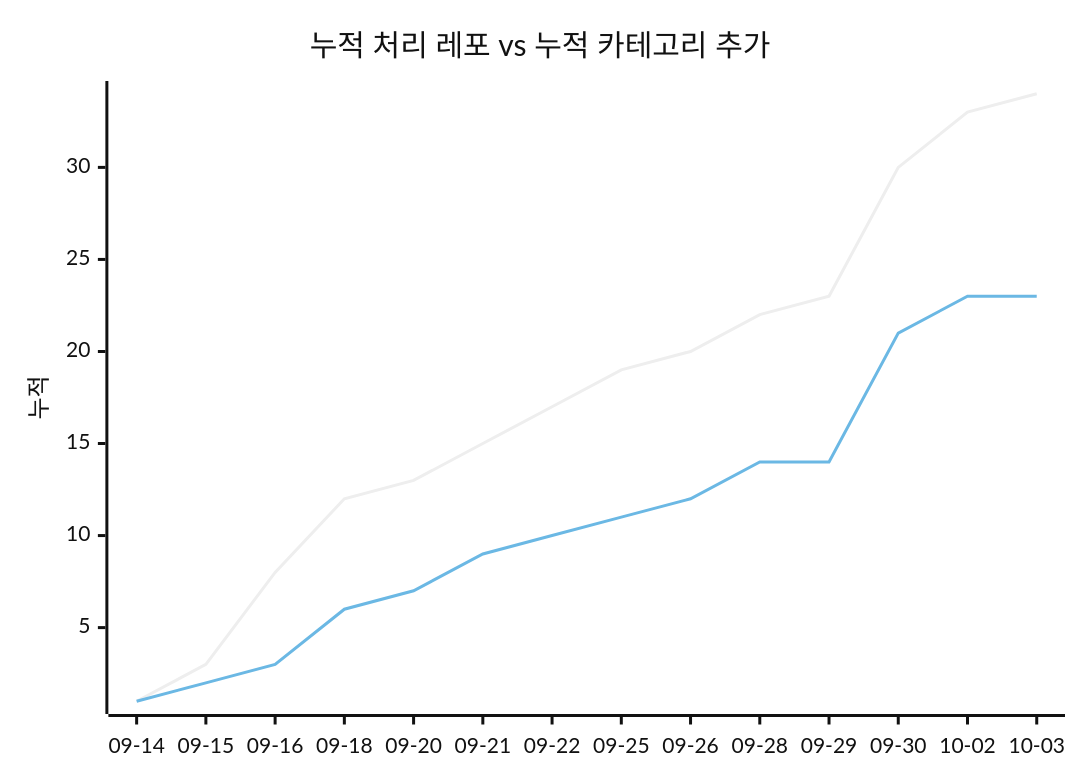
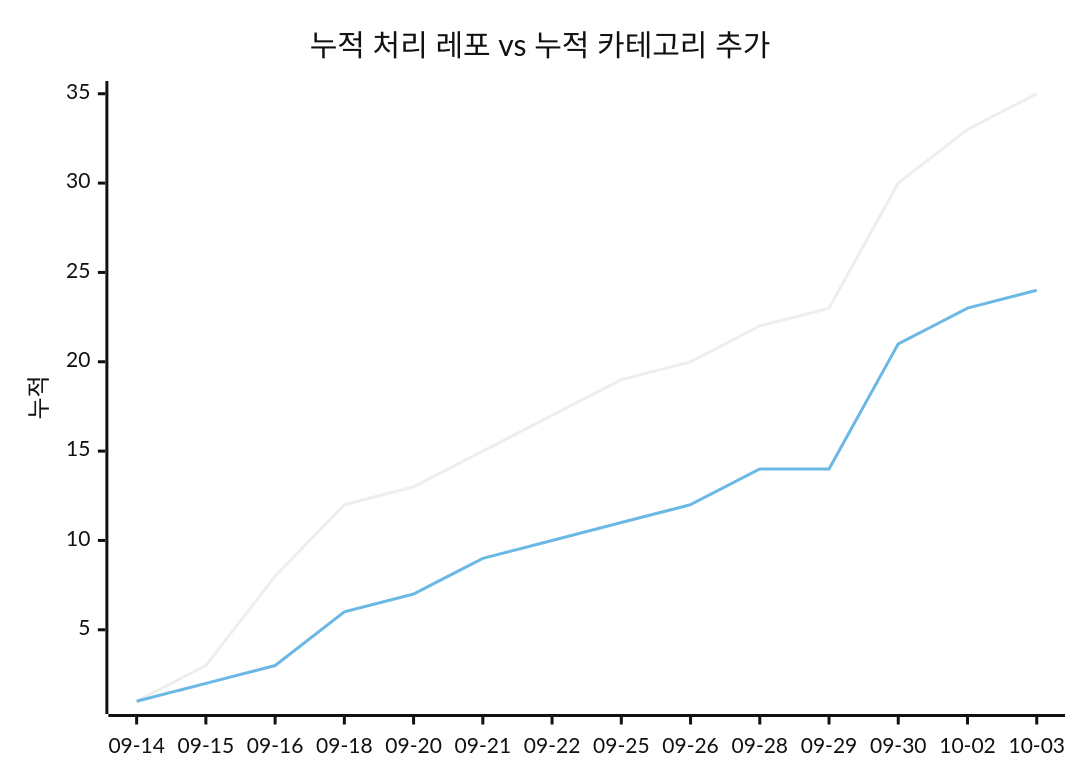
Before and after one commit to J-nowcow/awesome-korean-agent-skills: the second of 2 diagrams in docs/trends.md, drawn with Mermaid (neutral theme). The commit also changed other lines of this file and 3 other files, not shown here.

````diff
--- a/docs/trends.md
+++ b/docs/trends.md
@@ -68,8 +68,8 @@
 ```mermaid
 xychart-beta
     title "누적 처리 레포 vs 누적 카테고리 추가"
     x-axis ["09-14","09-15","09-16","09-18","09-20","09-21","09-22","09-25","09-26","09-28","09-29","09-30","10-02","10-03"]
     y-axis "누적"
-    line [1,3,8,12,13,15,17,19,20,22,23,30,33,34]
-    line [1,2,3,6,7,9,10,11,12,14,14,21,23,23]
+    line [1,3,8,12,13,15,17,19,20,22,23,30,33,35]
+    line [1,2,3,6,7,9,10,11,12,14,14,21,23,24]
 ```
````
